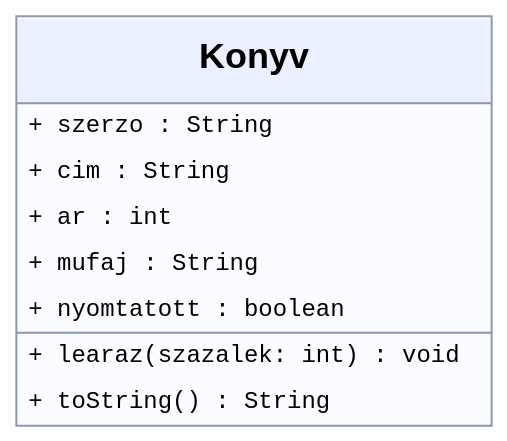
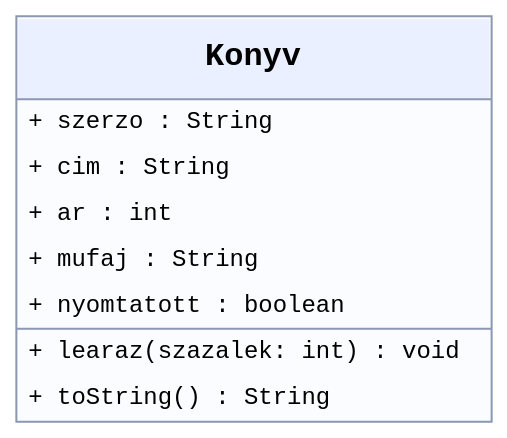
Before and after one commit to edetroll/java-oop: the diagram in content/chapters/02-osztalyok/media/konyv.dot, drawn with Graphviz. The commit also changed 38 other files, not shown here.

```diff
--- a/content/chapters/02-osztalyok/media/konyv.dot
+++ b/content/chapters/02-osztalyok/media/konyv.dot
@@ -1,1 +1,1 @@
-digraph G { graph [bgcolor="transparent",margin=0,pad=0.03]; node [shape=plain]; cl [label=<<TABLE BORDER="1" CELLBORDER="0" CELLSPACING="0" CELLPADDING="3" COLOR="#8a98b1" BGCOLOR="#fafcff"><TR><TD BGCOLOR="#eaf0ff" CELLPADDING="11"><FONT FACE="Arial" POINT-SIZE="18"><B>Konyv</B></FONT></TD></TR><HR/><TR><TD ALIGN="LEFT" BALIGN="LEFT" CELLPADDING="5"><FONT FACE="monospace" POINT-SIZE="12">+ szerzo : String</FONT></TD></TR><TR><TD ALIGN="LEFT" BALIGN="LEFT" CELLPADDING="5"><FONT FACE="monospace" POINT-SIZE="12">+ cim : String</FONT></TD></TR><TR><TD ALIGN="LEFT" BALIGN="LEFT" CELLPADDING="5"><FONT FACE="monospace" POINT-SIZE="12">+ ar : int</FONT></TD></TR><TR><TD ALIGN="LEFT" BALIGN="LEFT" CELLPADDING="5"><FONT FACE="monospace" POINT-SIZE="12">+ mufaj : String</FONT></TD></TR><TR><TD ALIGN="LEFT" BALIGN="LEFT" CELLPADDING="5"><FONT FACE="monospace" POINT-SIZE="12">+ nyomtatott : boolean</FONT></TD></TR><HR/><TR><TD ALIGN="LEFT" BALIGN="LEFT" CELLPADDING="5"><FONT FACE="monospace" POINT-SIZE="12">+ learaz(szazalek: int) : void</FONT></TD></TR><TR><TD ALIGN="LEFT" BALIGN="LEFT" CELLPADDING="5"><FONT FACE="monospace" POINT-SIZE="12">+ toString() : String</FONT></TD></TR></TABLE>>]; }
+digraph G { graph [bgcolor="transparent",margin=0,pad=0.03]; node [fontname="Liberation Mono",fontsize=12,shape=plain]; cl [label=<<TABLE BORDER="1" CELLBORDER="0" CELLSPACING="0" CELLPADDING="3" COLOR="#8a98b1" BGCOLOR="#fafcff"><TR><TD BGCOLOR="#eaf0ff" CELLPADDING="11"><FONT FACE="Liberation Mono" POINT-SIZE="16"><B>Konyv</B></FONT></TD></TR><HR/><TR><TD ALIGN="LEFT" BALIGN="LEFT" CELLPADDING="5"><FONT FACE="Liberation Mono" POINT-SIZE="12">+ szerzo : String</FONT></TD></TR><TR><TD ALIGN="LEFT" BALIGN="LEFT" CELLPADDING="5"><FONT FACE="Liberation Mono" POINT-SIZE="12">+ cim : String</FONT></TD></TR><TR><TD ALIGN="LEFT" BALIGN="LEFT" CELLPADDING="5"><FONT FACE="Liberation Mono" POINT-SIZE="12">+ ar : int</FONT></TD></TR><TR><TD ALIGN="LEFT" BALIGN="LEFT" CELLPADDING="5"><FONT FACE="Liberation Mono" POINT-SIZE="12">+ mufaj : String</FONT></TD></TR><TR><TD ALIGN="LEFT" BALIGN="LEFT" CELLPADDING="5"><FONT FACE="Liberation Mono" POINT-SIZE="12">+ nyomtatott : boolean</FONT></TD></TR><HR/><TR><TD ALIGN="LEFT" BALIGN="LEFT" CELLPADDING="5"><FONT FACE="Liberation Mono" POINT-SIZE="12">+ learaz(szazalek: int) : void</FONT></TD></TR><TR><TD ALIGN="LEFT" BALIGN="LEFT" CELLPADDING="5"><FONT FACE="Liberation Mono" POINT-SIZE="12">+ toString() : String</FONT></TD></TR></TABLE>>]; }
```
